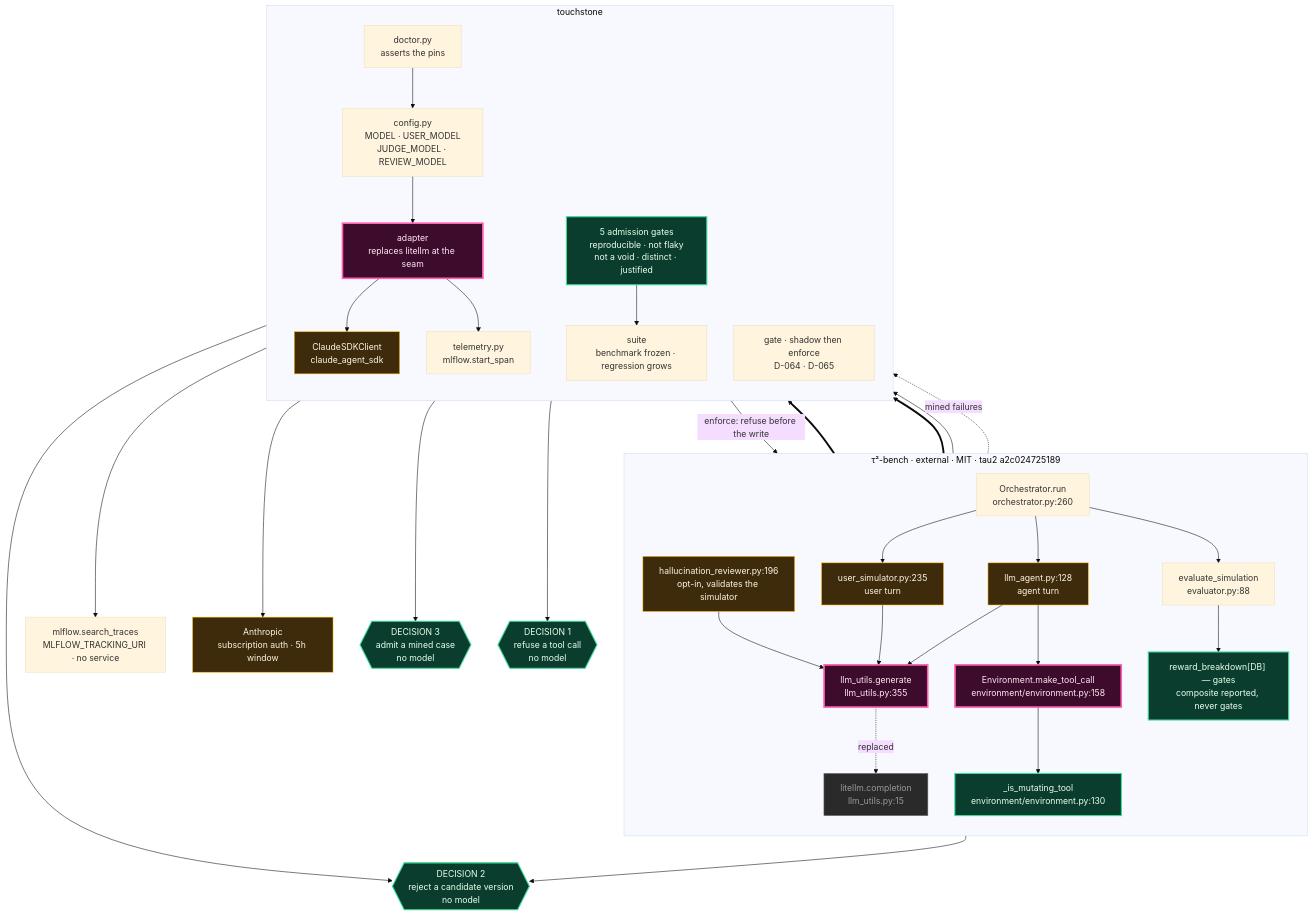
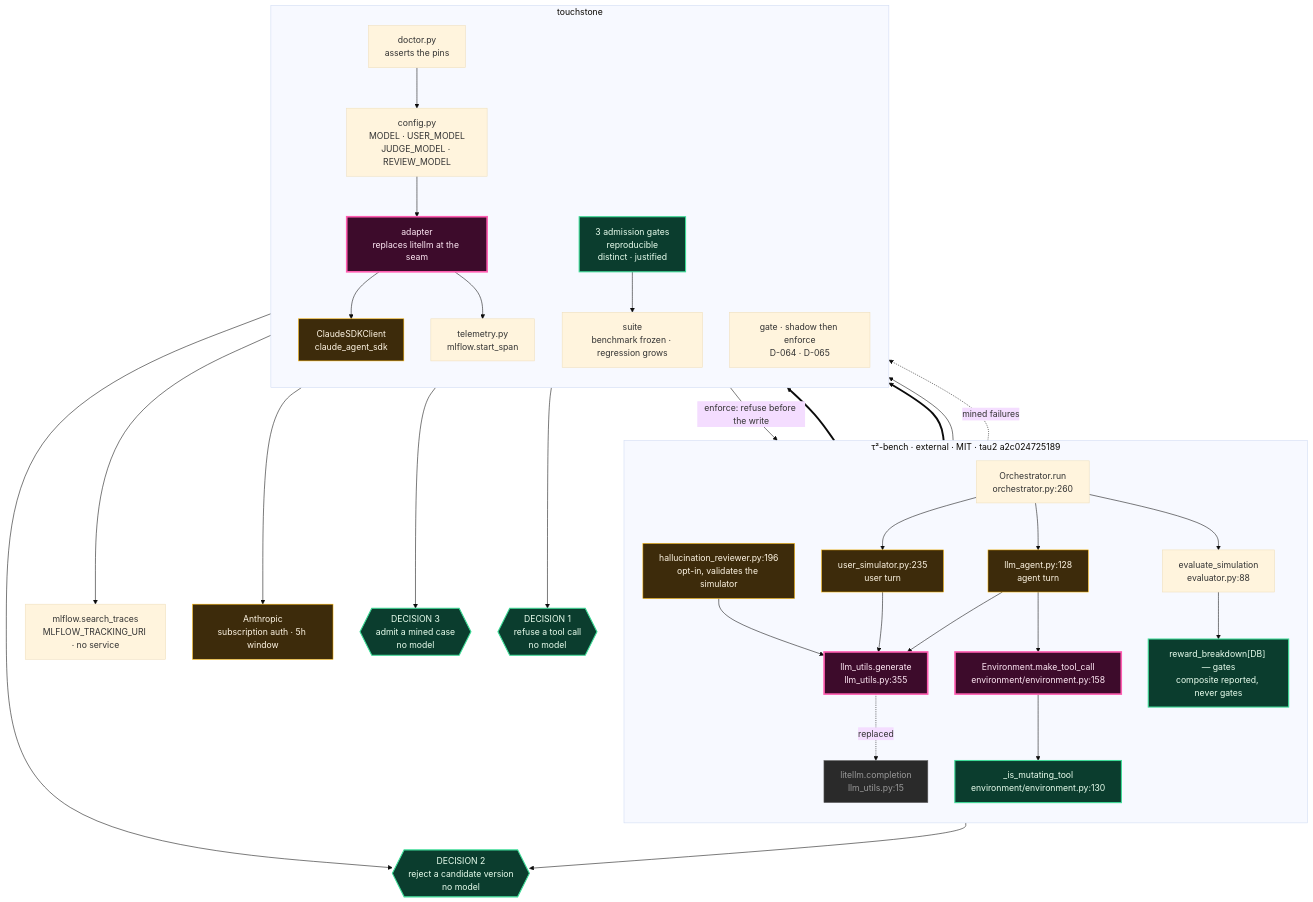
The diagram in diagrams/phase1.mmd (sandeepyadav1478/touchstone), drawn with Mermaid (base theme) before and after one commit. The commit also changed 10 other files, not shown here.

```diff
--- a/diagrams/phase1.mmd
+++ b/diagrams/phase1.mmd
@@ -1,76 +1,76 @@
 %% touchstone phase 1 — the adapter, the enforcement point, and the three decisions
 %% Every node names a real symbol: touchstone, or tau2-bench — tau2 at commit a2c024725189 (MIT). D-068.
 flowchart TB
 
   subgraph TAU2["τ²-bench · external · MIT · tau2 a2c024725189"]
     direction TB
     RUN["Orchestrator.run<br/>orchestrator.py:260"]
     AGENT["llm_agent.py:128<br/>agent turn"]
     USER["user_simulator.py:235<br/>user turn"]
     REVIEW["hallucination_reviewer.py:196<br/>opt-in, validates the simulator"]
     GEN["llm_utils.generate<br/>llm_utils.py:355"]
     LITE["litellm.completion<br/>llm_utils.py:15"]
     ENVC["Environment.make_tool_call<br/>environment/environment.py:158"]
     MUT["_is_mutating_tool<br/>environment/environment.py:130"]
     EVAL["evaluate_simulation<br/>evaluator.py:88"]
     REW["reward_breakdown[DB] — gates<br/>composite reported, never gates"]
   end
 
   subgraph TS["touchstone"]
     direction TB
     ADP["adapter<br/>replaces litellm at the seam"]
     SDK["ClaudeSDKClient<br/>claude_agent_sdk"]
     CFG["config.py<br/>MODEL · USER_MODEL<br/>JUDGE_MODEL · REVIEW_MODEL"]
     GATE["gate · shadow then enforce<br/>D-064 · D-065"]
     TEL["telemetry.py<br/>mlflow.start_span"]
     SUITE["suite<br/>benchmark frozen · regression grows"]
-    ADMIT["5 admission gates<br/>reproducible · not flaky<br/>not a void · distinct · justified"]
+    ADMIT["3 admission gates<br/>reproducible<br/>distinct · justified"]
     DOC["doctor.py<br/>asserts the pins"]
   end
 
   MLF["mlflow.search_traces<br/>MLFLOW_TRACKING_URI · no service"]
   ANTH["Anthropic<br/>subscription auth · 5h window"]
 
   RUN --> AGENT
   RUN --> USER
   AGENT --> GEN
   USER --> GEN
   REVIEW --> GEN
 
   GEN -. "replaced" .-> LITE
   GEN ==> ADP
   ADP --> SDK --> ANTH
   CFG --> ADP
   DOC --> CFG
 
   AGENT --> ENVC
   ENVC --> MUT
   ENVC ==> GATE
   GATE -- "enforce: refuse before the write" --> ENVC
 
   RUN --> EVAL --> REW
 
   ADP --> TEL
   ENVC --> TEL
   TEL --> MLF
 
   REW --> D2
   ADMIT --> D3
   GATE --> D1
   EVAL -. "mined failures" .-> ADMIT
   ADMIT --> SUITE
   SUITE --> D2
 
   D1{{"DECISION 1<br/>refuse a tool call<br/>no model"}}
   D2{{"DECISION 2<br/>reject a candidate version<br/>no model"}}
   D3{{"DECISION 3<br/>admit a mined case<br/>no model"}}
 
   classDef nomodel fill:#0b3d2e,stroke:#3ddc97,color:#eaffef,stroke-width:2px
   classDef model fill:#3d2b0b,stroke:#ffb703,color:#fff6e5
   classDef seam fill:#3d0b2b,stroke:#ff5db1,color:#ffe9f5,stroke-width:3px
   classDef dead fill:#2a2a2a,stroke:#666,color:#999
 
   class D1,D2,D3,REW,ADMIT,MUT nomodel
   class AGENT,USER,REVIEW,SDK,ANTH model
   class GEN,ADP,ENVC seam
   class LITE dead
```
